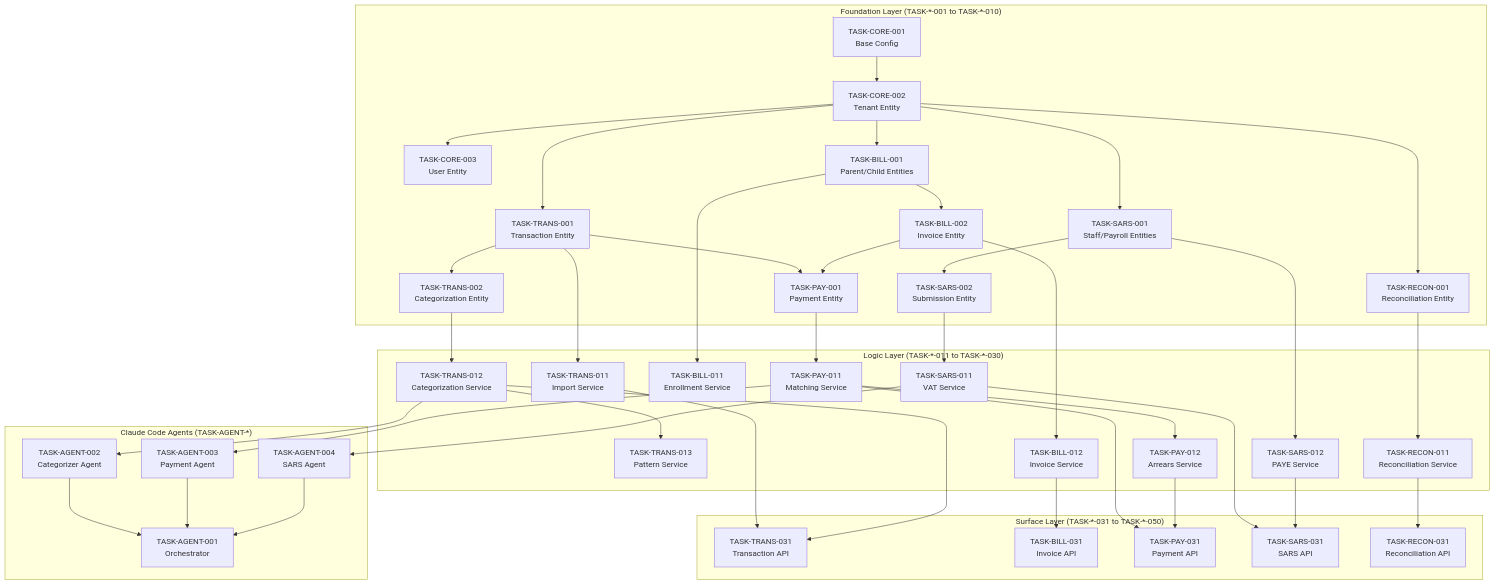
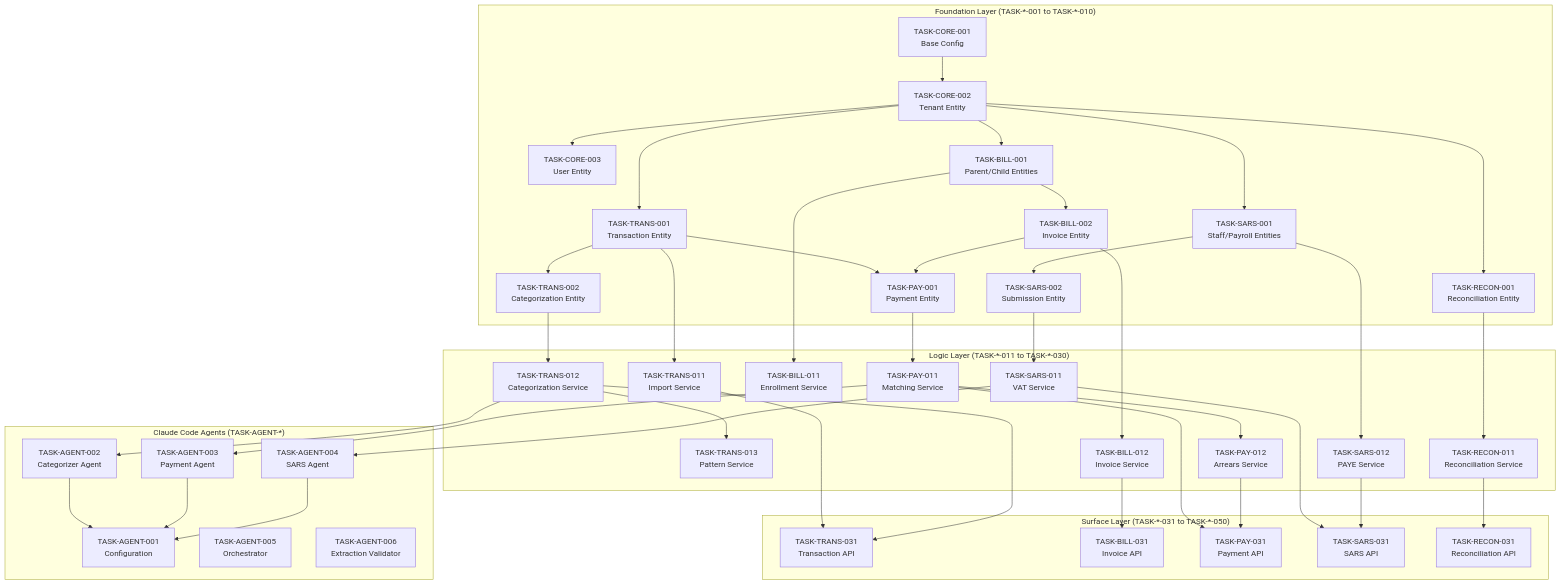
The diagram in specs/tasks/_index.md (Smashkat12/crechebooks), drawn with Mermaid before and after one commit. The commit also changed other lines of this file and 20 other files, not shown here.

First line of the commit message:
docs(specs): add task specs and architecture documentation

```diff
--- a/specs/tasks/_index.md
+++ b/specs/tasks/_index.md
@@ -52,10 +52,12 @@
     end
 
     subgraph Agents["Claude Code Agents (TASK-AGENT-*)"]
-        A1[TASK-AGENT-001<br/>Orchestrator]
+        A1[TASK-AGENT-001<br/>Configuration]
         A2[TASK-AGENT-002<br/>Categorizer Agent]
         A3[TASK-AGENT-003<br/>Payment Agent]
         A4[TASK-AGENT-004<br/>SARS Agent]
+        A5[TASK-AGENT-005<br/>Orchestrator]
+        A6[TASK-AGENT-006<br/>Extraction Validator]
     end
 
     F1 --> F2
```
